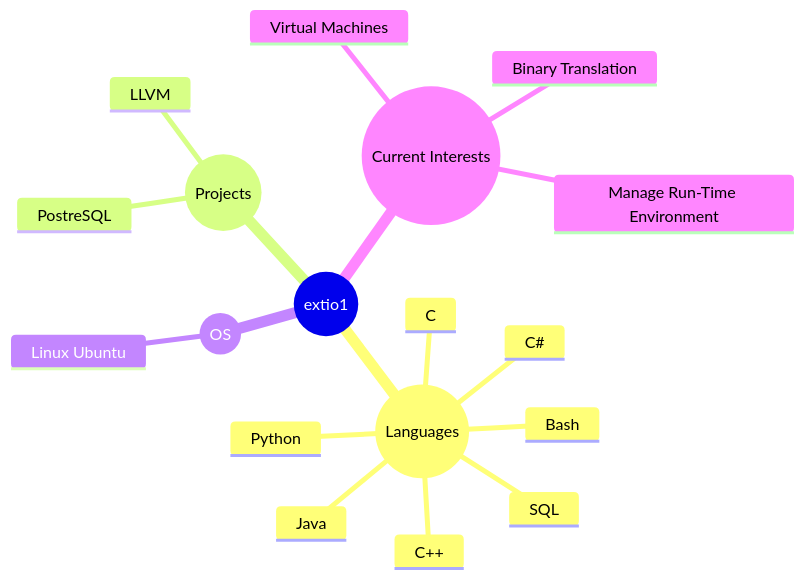
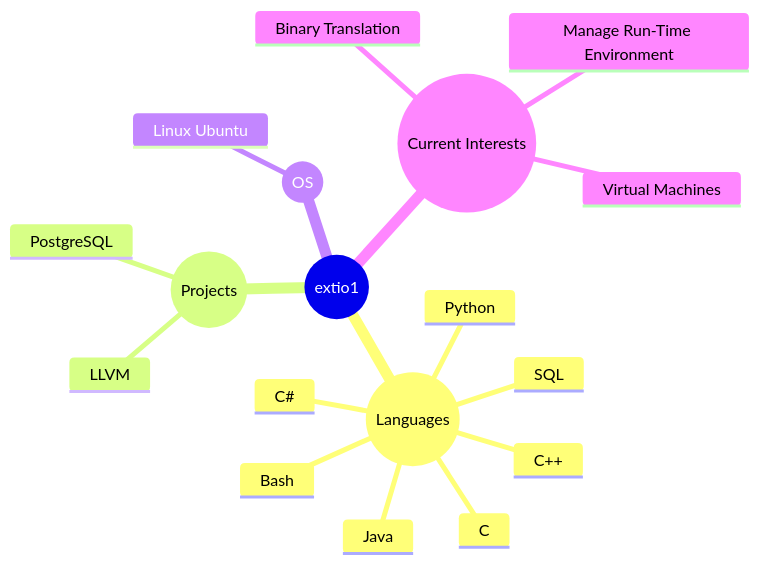
Before and after one commit to extio1/extio1: the diagram in README.md, drawn with Mermaid.

````diff
--- a/README.md
+++ b/README.md
@@ -7,21 +7,21 @@
 ```mermaid
 mindmap
   root((extio1))
     ((Languages))
       Python
       SQL
       Bash
       C
       C++
       C#
       Java
     ((Projects))
-      PostreSQL
+      PostgreSQL
       LLVM
     ((OS))
       Linux Ubuntu
     ((Current Interests))
       Virtual Machines
       Binary Translation
       Manage Run-Time Environment
 ```
````
